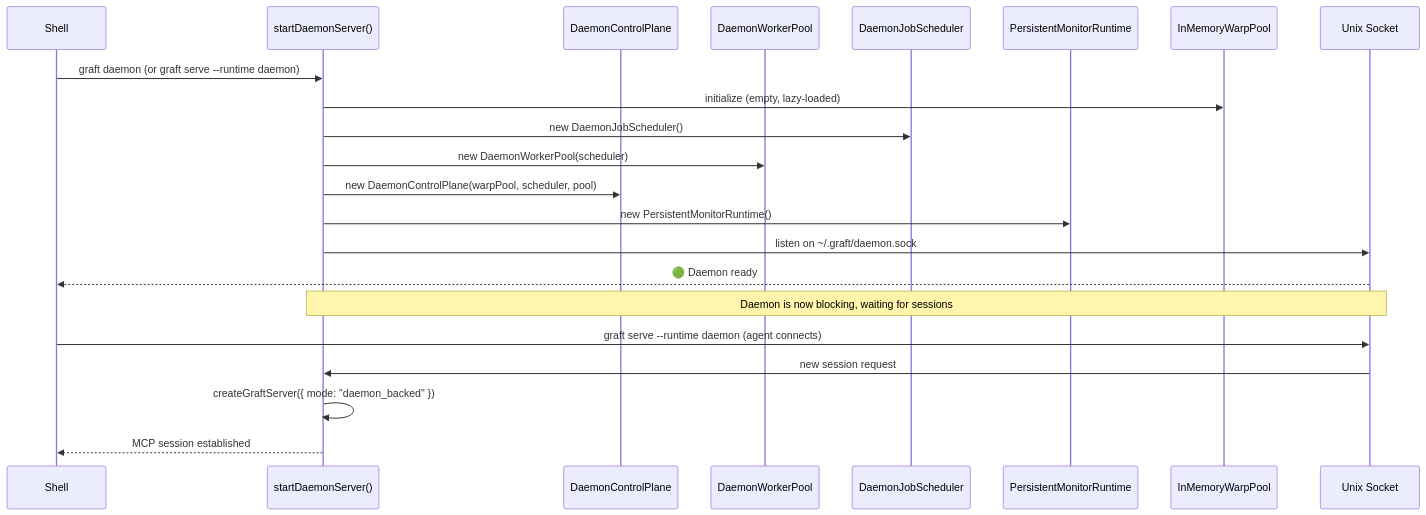
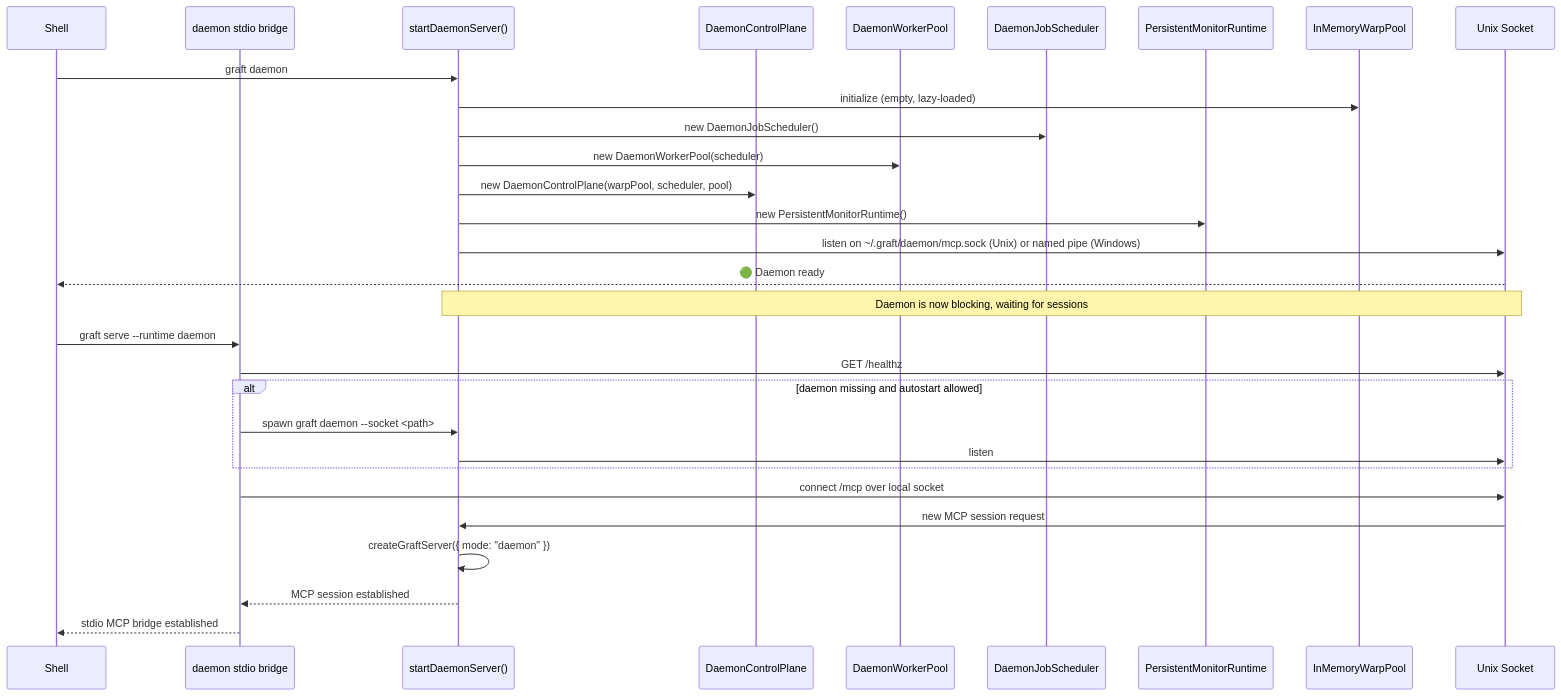
Diagram 11 of 29 in docs/TECHNICAL_TEARDOWN.md (flyingrobots/graft), drawn with Mermaid before and after one commit. The commit also changed other lines of this file and 1 other file, not shown here.

Commit message:
docs: correct public architecture docs

````diff
--- a/docs/TECHNICAL_TEARDOWN.md
+++ b/docs/TECHNICAL_TEARDOWN.md
@@ -756,27 +776,35 @@
 ```mermaid
 sequenceDiagram
     participant Shell as Shell
+    participant Bridge as daemon stdio bridge
     participant Daemon as startDaemonServer()
     participant CP as DaemonControlPlane
     participant Pool as DaemonWorkerPool
     participant Sched as DaemonJobScheduler
     participant Monitor as PersistentMonitorRuntime
     participant WARP as InMemoryWarpPool
     participant Socket as Unix Socket
 
-    Shell->>Daemon: graft daemon (or graft serve --runtime daemon)
+    Shell->>Daemon: graft daemon
     Daemon->>WARP: initialize (empty, lazy-loaded)
     Daemon->>Sched: new DaemonJobScheduler()
     Daemon->>Pool: new DaemonWorkerPool(scheduler)
     Daemon->>CP: new DaemonControlPlane(warpPool, scheduler, pool)
     Daemon->>Monitor: new PersistentMonitorRuntime()
-    Daemon->>Socket: listen on ~/.graft/daemon.sock
+    Daemon->>Socket: listen on ~/.graft/daemon/mcp.sock (Unix) or named pipe (Windows)
     Socket-->>Shell: 🟢 Daemon ready
 
     Note over Daemon,Socket: Daemon is now blocking, waiting for sessions
 
-    Shell->>Socket: graft serve --runtime daemon (agent connects)
-    Socket->>Daemon: new session request
-    Daemon->>Daemon: createGraftServer({ mode: "daemon_backed" })
-    Daemon-->>Shell: MCP session established
+    Shell->>Bridge: graft serve --runtime daemon
+    Bridge->>Socket: GET /healthz
+    alt daemon missing and autostart allowed
+        Bridge->>Daemon: spawn graft daemon --socket <path>
+        Daemon->>Socket: listen
+    end
+    Bridge->>Socket: connect /mcp over local socket
+    Socket->>Daemon: new MCP session request
+    Daemon->>Daemon: createGraftServer({ mode: "daemon" })
+    Daemon-->>Bridge: MCP session established
+    Bridge-->>Shell: stdio MCP bridge established
 ```
````
